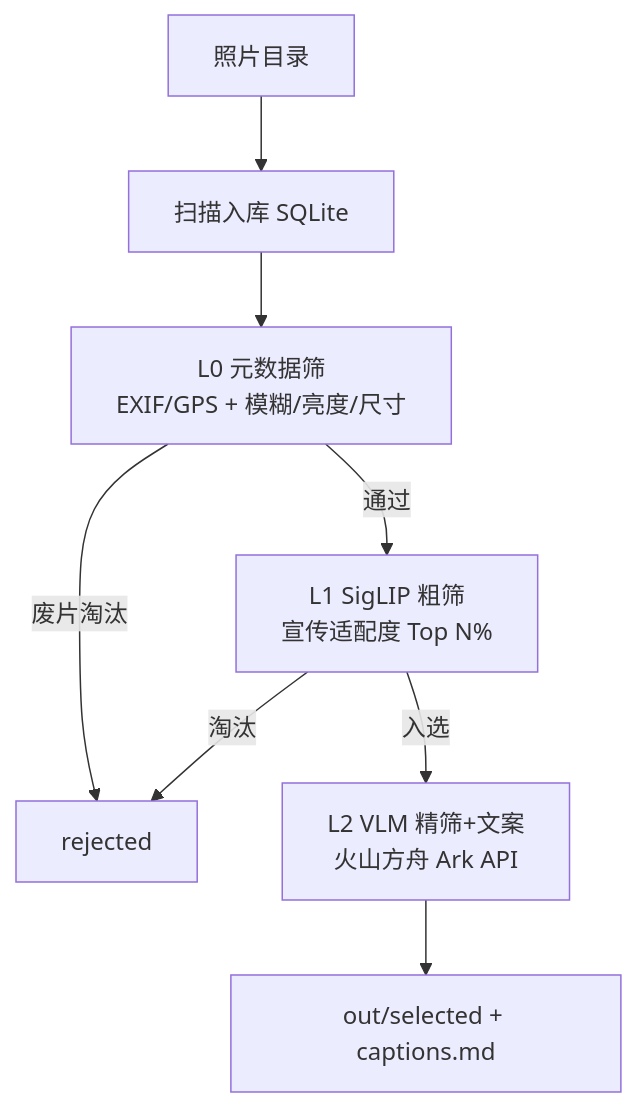
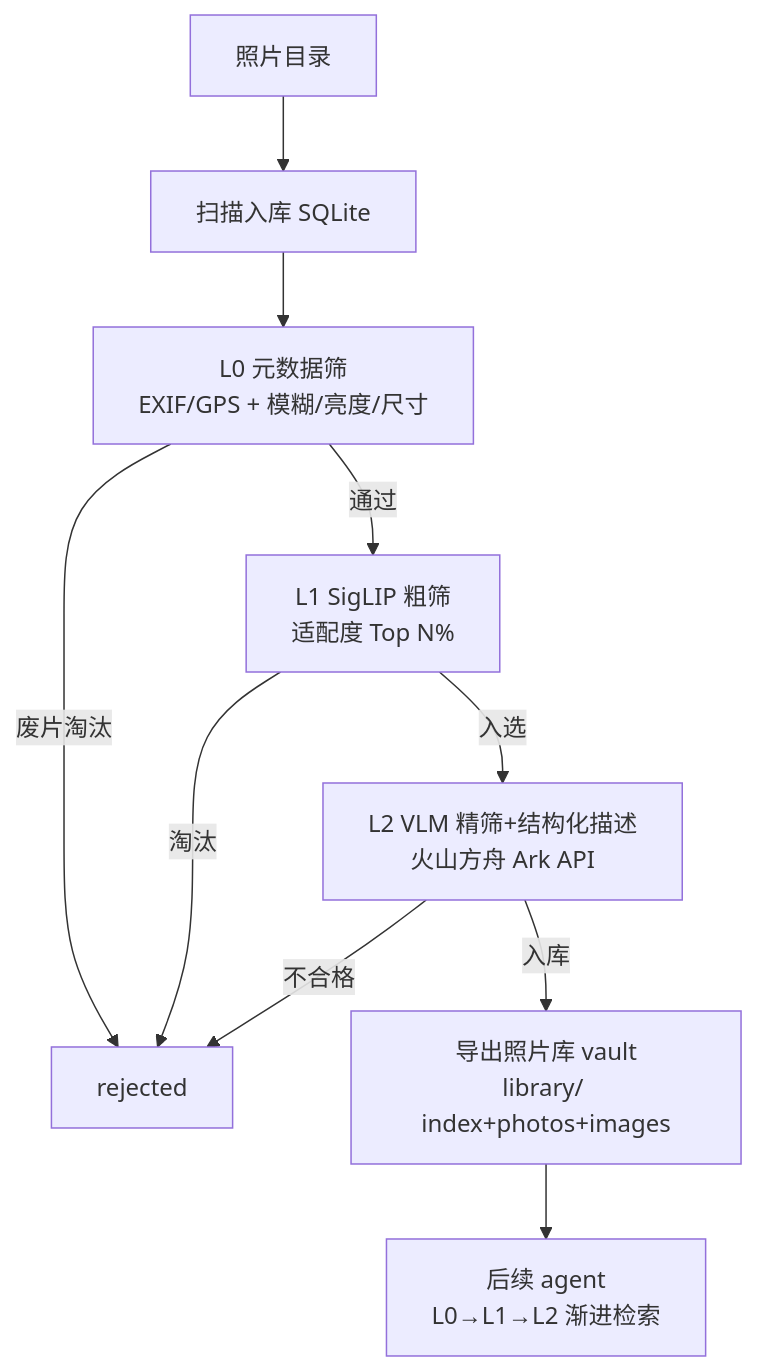
Before and after one commit to xinxin6623/photo-promo: the diagram in INDEX.md, drawn with Mermaid. The commit also changed other lines of this file and 15 other files, not shown here.

````diff
--- a/INDEX.md
+++ b/INDEX.md
@@ -24,10 +27,12 @@
 ```mermaid
 flowchart TD
   A[照片目录] --> B[扫描入库 SQLite]
   B --> C[L0 元数据筛<br/>EXIF/GPS + 模糊/亮度/尺寸]
   C -->|废片淘汰| X[rejected]
-  C -->|通过| D[L1 SigLIP 粗筛<br/>宣传适配度 Top N%]
+  C -->|通过| D[L1 SigLIP 粗筛<br/>适配度 Top N%]
   D -->|淘汰| X
-  D -->|入选| E[L2 VLM 精筛+文案<br/>火山方舟 Ark API]
-  E --> F[out/selected + captions.md]
+  D -->|入选| E[L2 VLM 精筛+结构化描述<br/>火山方舟 Ark API]
+  E -->|不合格| X
+  E -->|入库| F[导出照片库 vault<br/>library/ index+photos+images]
+  F --> G[后续 agent<br/>L0→L1→L2 渐进检索]
 ```
````
